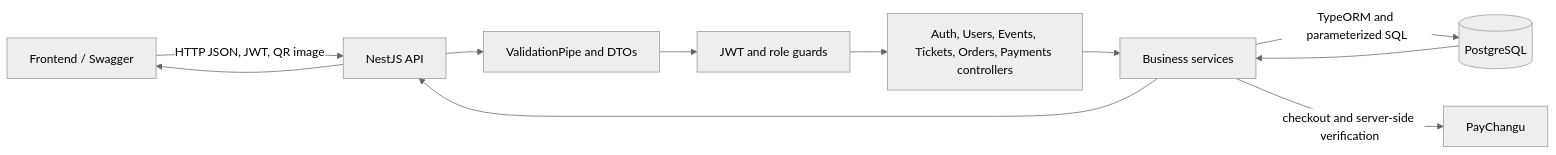
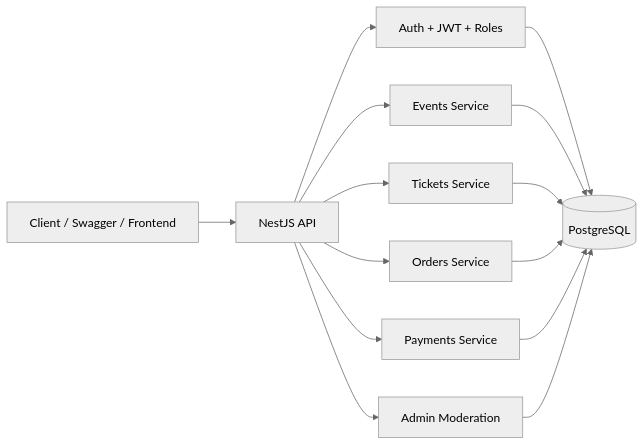
Before and after one commit to bsc-com-42-24/Backend-Event-Ticket-System: the diagram in docs/SYSTEM_ARCHITECTURE.md, drawn with Mermaid (neutral theme). The commit also changed other lines of this file and 17 other files, not shown here.

````diff
--- a/docs/SYSTEM_ARCHITECTURE.md
+++ b/docs/SYSTEM_ARCHITECTURE.md
@@ -11,13 +93,16 @@
 ```mermaid
 flowchart LR
-  F[Frontend / Swagger] -->|HTTP JSON, JWT, QR image| API[NestJS API]
-  API --> V[ValidationPipe and DTOs]
-  V --> G[JWT and role guards]
-  G --> C[Auth, Users, Events, Tickets, Orders, Payments controllers]
-  C --> S[Business services]
-  S -->|TypeORM and parameterized SQL| DB[(PostgreSQL)]
-  S -->|checkout and server-side verification| P[PayChangu]
-  DB --> S
-  S --> API
-  API --> F
+    Client[Client / Swagger / Frontend] --> API[NestJS API]
+    API --> Auth[Auth + JWT + Roles]
+    API --> Events[Events Service]
+    API --> Tickets[Tickets Service]
+    API --> Orders[Orders Service]
+    API --> Payments[Payments Service]
+    API --> Admin[Admin Moderation]
+    Auth --> DB[(PostgreSQL)]
+    Events --> DB
+    Tickets --> DB
+    Orders --> DB
+    Payments --> DB
+    Admin --> DB
 ```
````
